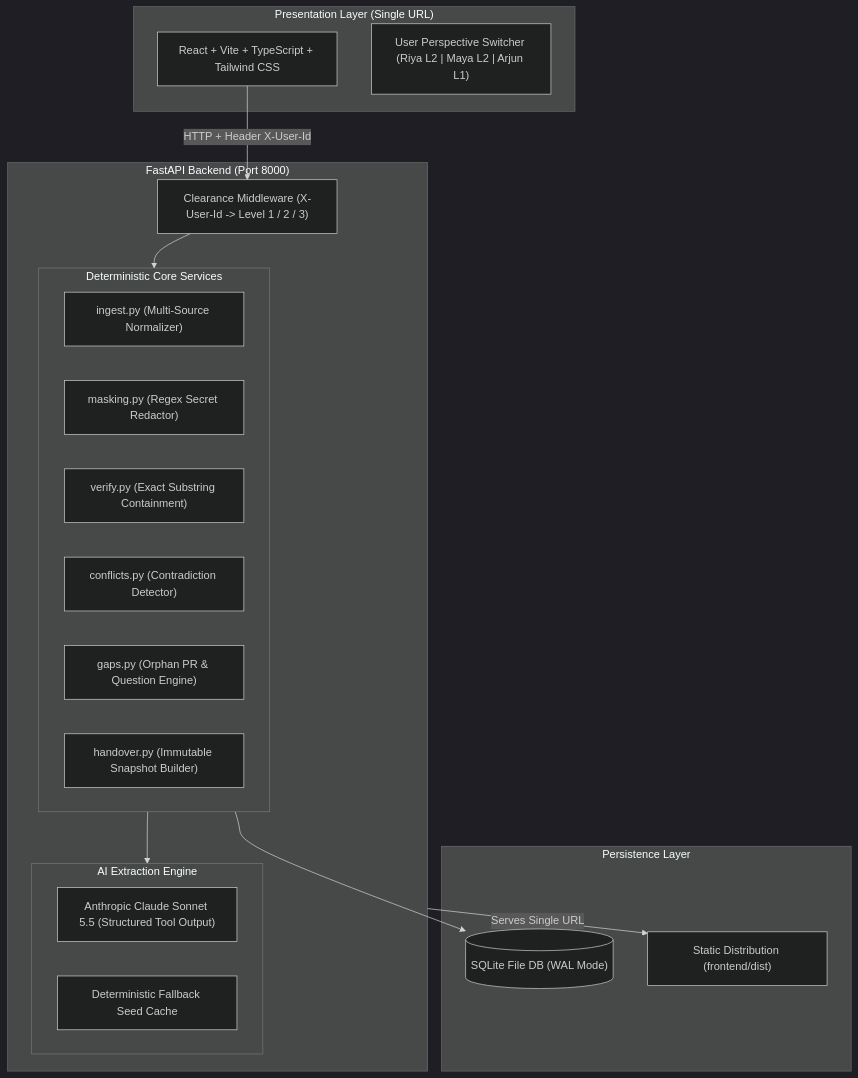
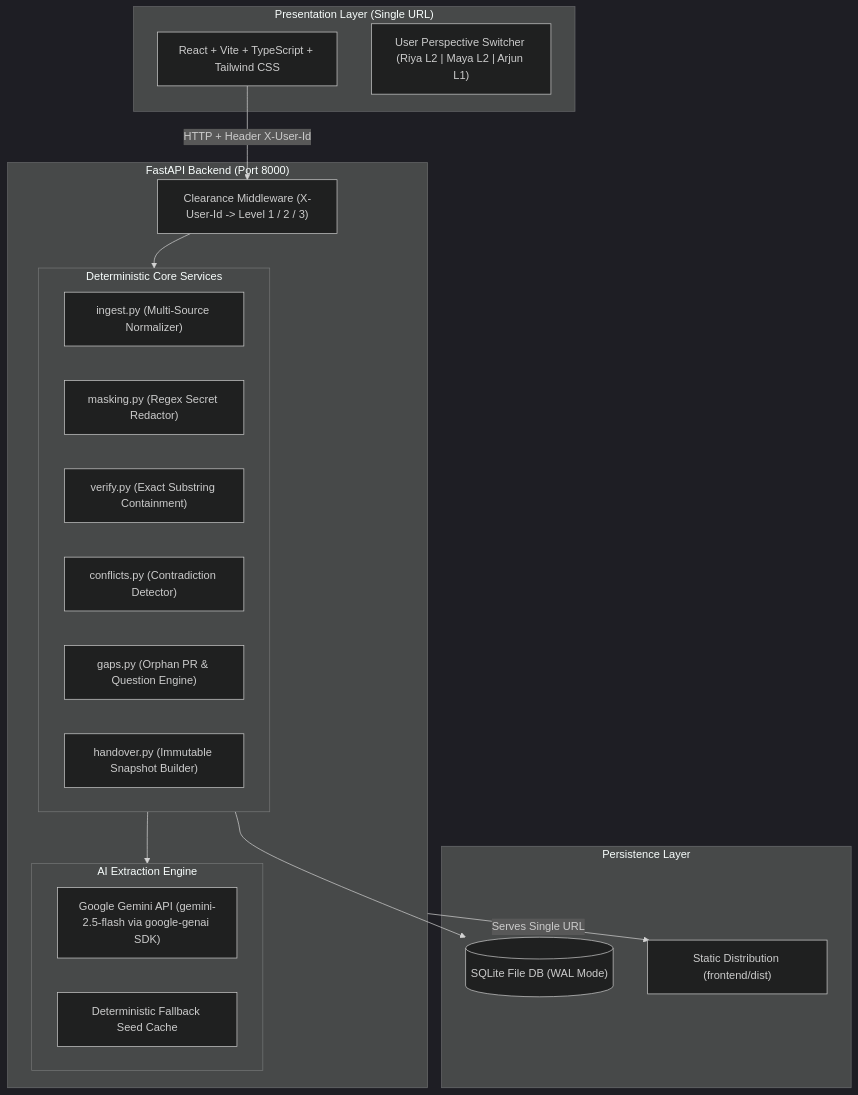
One commit to ashritanshuman/handovertrail changed the diagram in README.md. Above: the diagram before and after it, drawn with Mermaid (dark theme). The commit also changed other lines of this file, not shown here.

Commit message:
docs: update README with Google Gemini API engine details

````diff
--- a/README.md
+++ b/README.md
@@ -50,36 +50,36 @@
 ```mermaid
 flowchart TD
     subgraph Client["Presentation Layer (Single URL)"]
         UI["React + Vite + TypeScript + Tailwind CSS"]
         Switcher["User Perspective Switcher (Riya L2 | Maya L2 | Arjun L1)"]
     end
 
     subgraph Backend["FastAPI Backend (Port 8000)"]
         Security["Clearance Middleware (X-User-Id -> Level 1 / 2 / 3)"]
         
         subgraph CoreServices["Deterministic Core Services"]
             Ingest["ingest.py (Multi-Source Normalizer)"]
             Masking["masking.py (Regex Secret Redactor)"]
             Verifier["verify.py (Exact Substring Containment)"]
             Conflicts["conflicts.py (Contradiction Detector)"]
             Gaps["gaps.py (Orphan PR & Question Engine)"]
             HandoverSvc["handover.py (Immutable Snapshot Builder)"]
         end
         
         subgraph AIIntegration["AI Extraction Engine"]
-            Claude["Anthropic Claude Sonnet 5.5 (Structured Tool Output)"]
+            Gemini["Google Gemini API (gemini-2.5-flash via google-genai SDK)"]
             Cache["Deterministic Fallback Seed Cache"]
         end
     end
 
     subgraph Storage["Persistence Layer"]
         DB[("SQLite File DB (WAL Mode)")]
         StaticFiles["Static Distribution (frontend/dist)"]
     end
 
     UI -->|HTTP + Header X-User-Id| Security
     Security --> CoreServices
     CoreServices --> AIIntegration
     CoreServices --> DB
     Backend -->|Serves Single URL| StaticFiles
 ```
````
